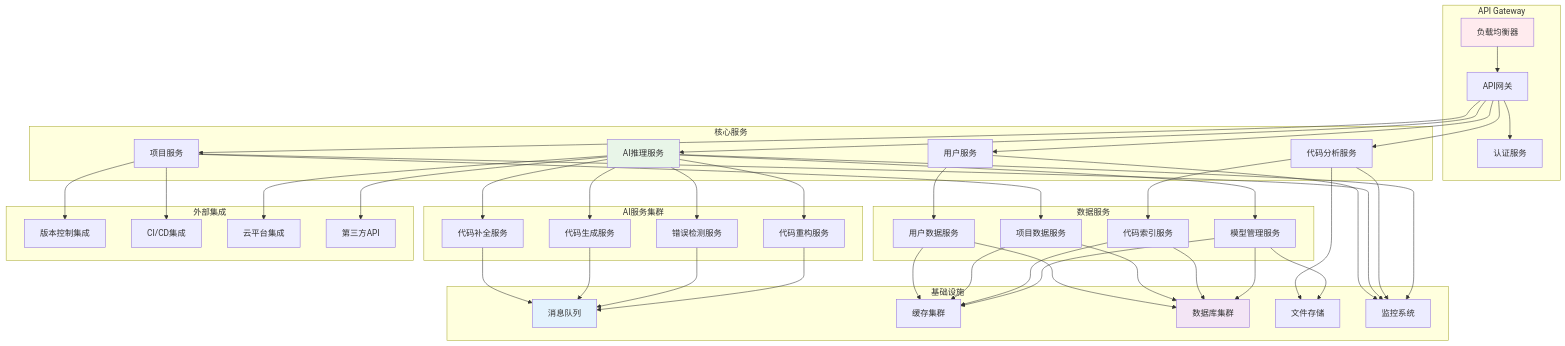
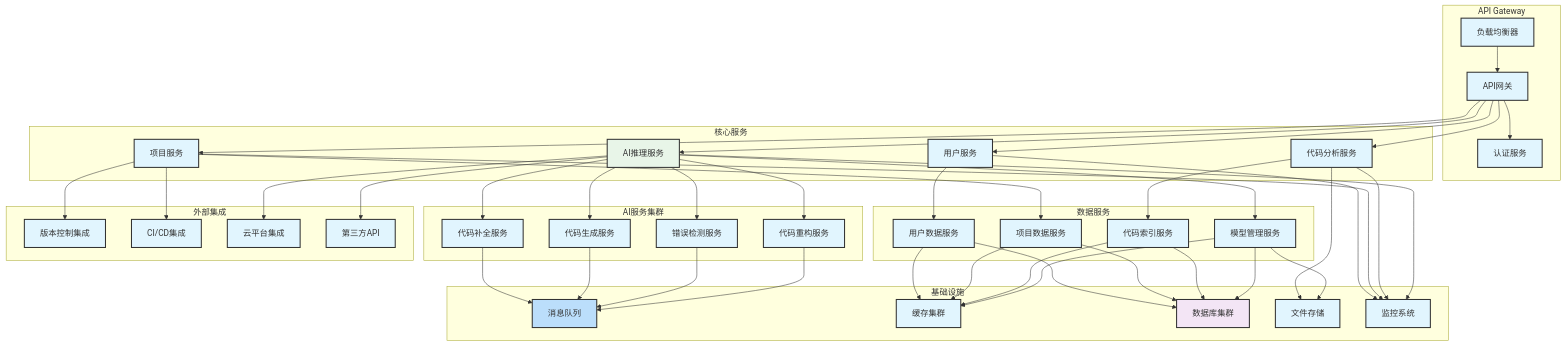
Before and after one commit to Coldplay-now/ai-ide-guide-core: the eighth of 9 diagrams in docs/assets/diagrams/system-architecture-diagrams.md, drawn with Mermaid. The commit also changed other lines of this file and 148 other files, not shown here.

````diff
--- a/docs/assets/diagrams/system-architecture-diagrams.md
+++ b/docs/assets/diagrams/system-architecture-diagrams.md
@@ -533,28 +506,24 @@
         B[API网关]
         C[认证服务]
     end
-    
     subgraph "核心服务"
         D[用户服务]
         E[项目服务]
         F[代码分析服务]
         G[AI推理服务]
     end
-    
     subgraph "AI服务集群"
         H[代码补全服务]
         I[代码生成服务]
         J[错误检测服务]
         K[代码重构服务]
     end
-    
     subgraph "数据服务"
         L[用户数据服务]
         M[项目数据服务]
         N[代码索引服务]
         O[模型管理服务]
     end
-    
     subgraph "基础设施"
         P[消息队列]
         Q[缓存集群]
@@ -562,63 +531,55 @@
         S[文件存储]
         T[监控系统]
     end
-    
     subgraph "外部集成"
         U[版本控制集成]
         V[CI/CD集成]
         W[云平台集成]
         X[第三方API]
     end
-    
     A --> B
     B --> C
-    
     B --> D
     B --> E
     B --> F
     B --> G
-    
     G --> H
     G --> I
     G --> J
     G --> K
-    
     D --> L
     E --> M
     F --> N
     G --> O
-    
     H --> P
     I --> P
     J --> P
     K --> P
-    
     L --> Q
     M --> Q
     N --> Q
     O --> Q
-    
     L --> R
     M --> R
     N --> R
     O --> R
-    
     F --> S
     O --> S
-    
     D --> T
     E --> T
     F --> T
     G --> T
-    
     E --> U
     E --> V
     G --> W
     G --> X
-    
-    style A fill:#ffebee
+    style A fill:#e1f5fe
     style G fill:#e8f5e8
-    style P fill:#e3f2fd
+    style P fill:#bbdefb
     style R fill:#f3e5f5
-
+%% Standard styling
+classDef default fill:#e1f5fe,stroke:#333,stroke-width:2px
+classDef highlight fill:#bbdefb,stroke:#333,stroke-width:3px
+classDef process fill:#90caf9,stroke:#333,stroke-width:2px
+classDef decision fill:#64b5f6,stroke:#333,stroke-width:2px
 ```
````
